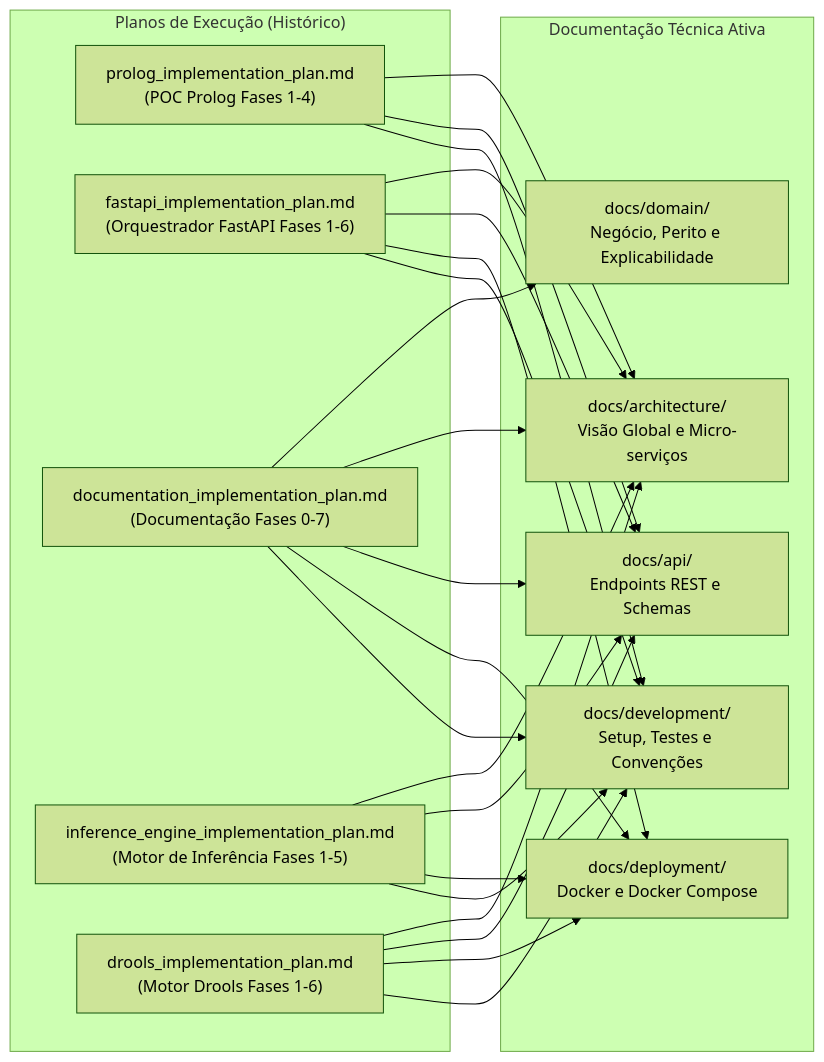
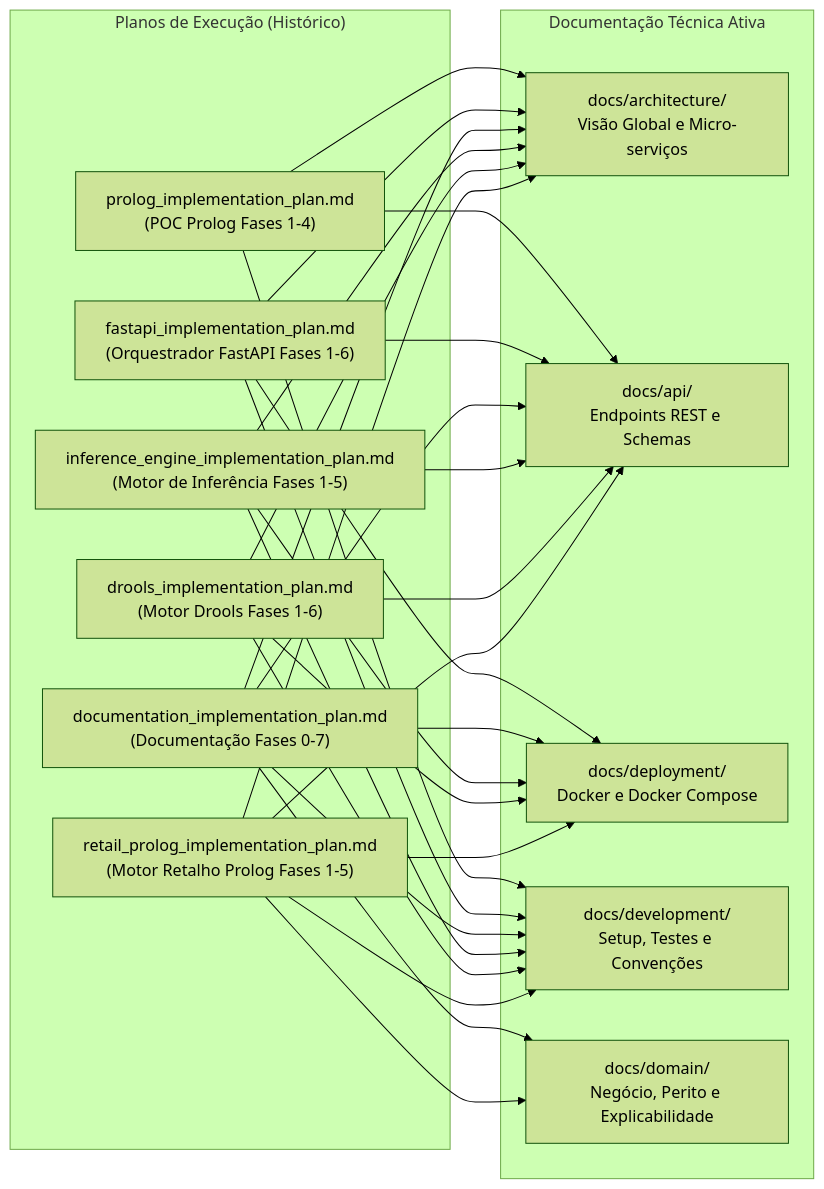
Before and after one commit to Alvaro1940052/meia-equipa3-challenge1-26_27: the diagram in docs/history/README.md, drawn with Mermaid (forest theme). The commit also changed other lines of this file and 46 other files, not shown here.

Commit message:
feat: add retail prolog inference engine and backend orchestration support

````diff
--- a/docs/history/README.md
+++ b/docs/history/README.md
@@ -33,43 +34,50 @@
 ```mermaid
 flowchart LR
     subgraph PlanosHistoricos ["Planos de Execução (Histórico)"]
         H_PL["prolog_implementation_plan.md<br>(POC Prolog Fases 1-4)"]
         H_PY["fastapi_implementation_plan.md<br>(Orquestrador FastAPI Fases 1-6)"]
         H_DOC["documentation_implementation_plan.md<br>(Documentação Fases 0-7)"]
         H_INF["inference_engine_implementation_plan.md<br>(Motor de Inferência Fases 1-5)"]
         H_DRL["drools_implementation_plan.md<br>(Motor Drools Fases 1-6)"]
+        H_RET["retail_prolog_implementation_plan.md<br>(Motor Retalho Prolog Fases 1-5)"]
     end
 
     subgraph DocsAtivos ["Documentação Técnica Ativa"]
         ARCH["docs/architecture/<br>Visão Global e Micro-serviços"]
         API["docs/api/<br>Endpoints REST e Schemas"]
         DEP["docs/deployment/<br>Docker e Docker Compose"]
         DEV["docs/development/<br>Setup, Testes e Convenções"]
         DOM["docs/domain/<br>Negócio, Perito e Explicabilidade"]
     end
 
     H_PL --> ARCH
     H_PL --> API
     H_PL --> DEV
 
     H_PY --> ARCH
     H_PY --> API
     H_PY --> DEP
     H_PY --> DEV
 
     H_DOC --> DOM
     H_DOC --> ARCH
     H_DOC --> API
     H_DOC --> DEP
     H_DOC --> DEV
 
     H_INF --> ARCH
     H_INF --> API
     H_INF --> DEP
     H_INF --> DEV
 
     H_DRL --> ARCH
     H_DRL --> API
     H_DRL --> DEP
     H_DRL --> DEV
+
+    H_RET --> ARCH
+    H_RET --> API
+    H_RET --> DEP
+    H_RET --> DEV
+    H_RET --> DOM
 ```
````
